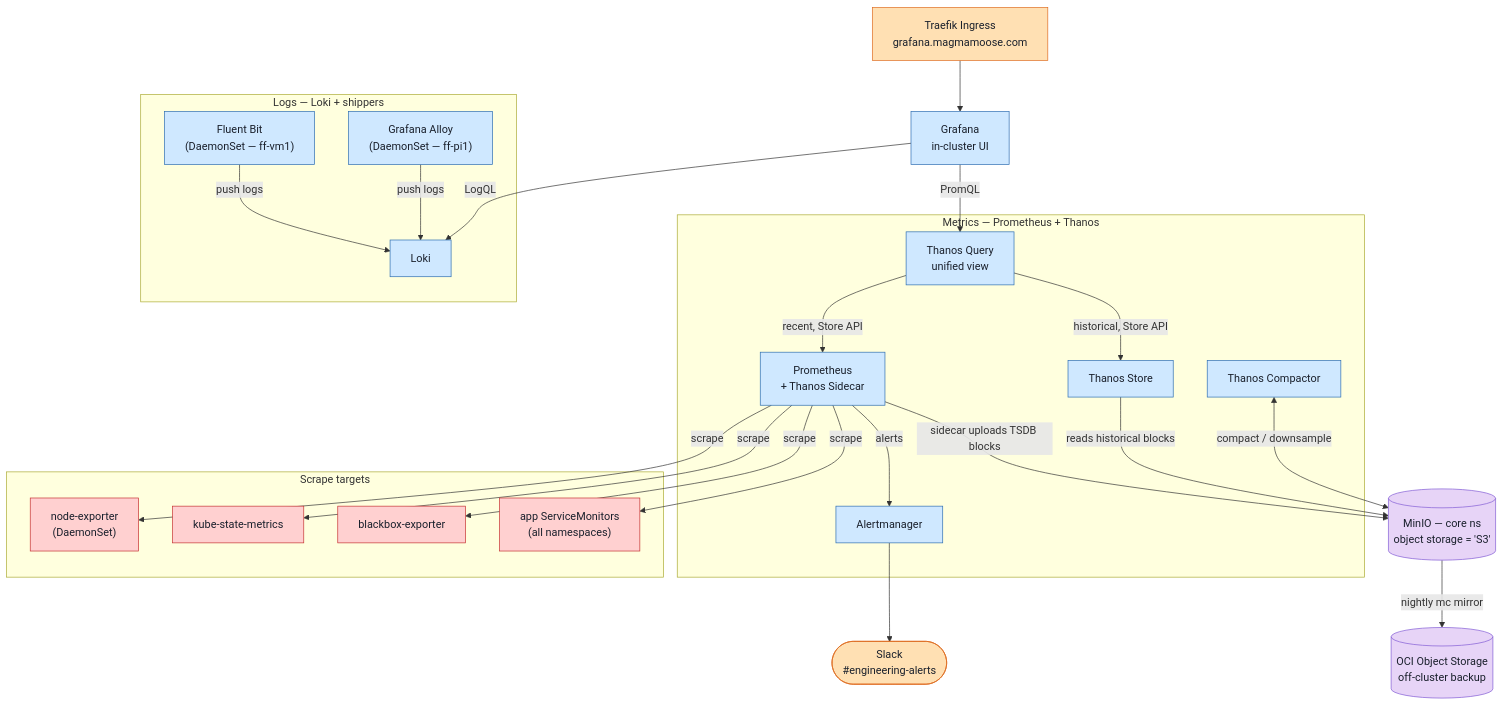
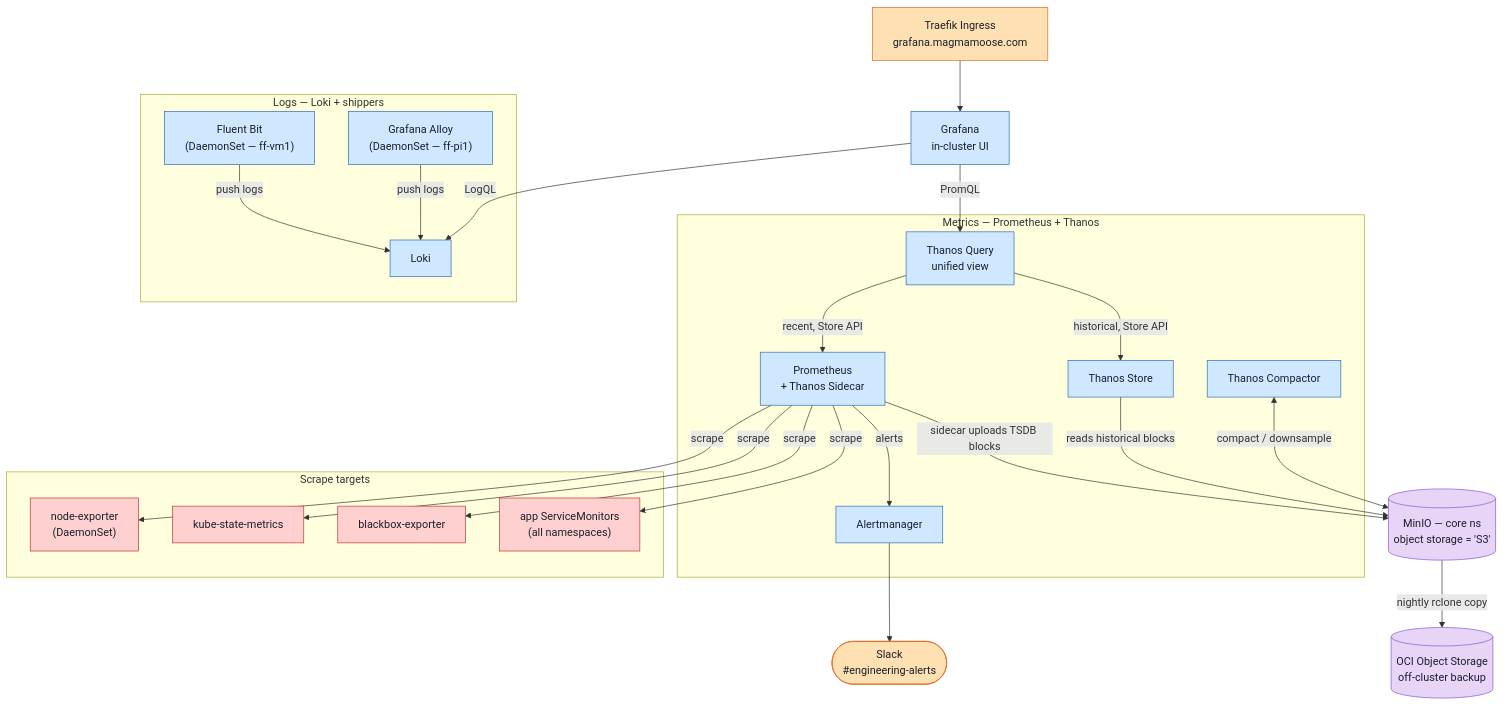
Before and after one commit to MagmaMoose/infra: the diagram in docs/operations/observability-stack.md, drawn with Mermaid. The commit also changed other lines of this file and 4 other files, not shown here.

````diff
--- a/docs/operations/observability-stack.md
+++ b/docs/operations/observability-stack.md
@@ -24,68 +24,68 @@
 ```mermaid
 flowchart TD
     %% ===== Access / UI =====
     Traefik["Traefik Ingress<br/>grafana.magmamoose.com"]
     Slack(["Slack<br/>#engineering-alerts"])
     Grafana["Grafana<br/>in-cluster UI"]
 
     %% ===== Metrics: Prometheus + Thanos =====
     subgraph metrics["Metrics — Prometheus + Thanos"]
         TQ["Thanos Query<br/>unified view"]
         Prom["Prometheus<br/>+ Thanos Sidecar"]
         TStore["Thanos Store"]
         TCompact["Thanos Compactor"]
         AM["Alertmanager"]
     end
 
     %% ===== Scrape targets =====
     subgraph exporters["Scrape targets"]
         NodeExp["node-exporter<br/>(DaemonSet)"]
         KSM["kube-state-metrics"]
         Blackbox["blackbox-exporter"]
         AppSM["app ServiceMonitors<br/>(all namespaces)"]
     end
 
     %% ===== Logs =====
     subgraph logs["Logs — Loki + shippers"]
         Loki["Loki"]
         FB["Fluent Bit<br/>(DaemonSet — ff-vm1)"]
         Alloy["Grafana Alloy<br/>(DaemonSet — ff-pi1)"]
     end
 
     %% ===== Object storage + backup =====
     MinIO[("MinIO — core ns<br/>object storage = 'S3'")]
     OCI[("OCI Object Storage<br/>off-cluster backup")]
 
     %% ===== Flows =====
     Traefik --> Grafana
     Grafana -->|PromQL| TQ
     Grafana -->|LogQL| Loki
 
     TQ -->|recent, Store API| Prom
     TQ -->|historical, Store API| TStore
 
     Prom -->|scrape| NodeExp
     Prom -->|scrape| KSM
     Prom -->|scrape| Blackbox
     Prom -->|scrape| AppSM
     Prom -->|alerts| AM
     AM --> Slack
 
     Prom -->|sidecar uploads TSDB blocks| MinIO
     TStore -->|reads historical blocks| MinIO
     TCompact <-->|compact / downsample| MinIO
-    MinIO -->|nightly mc mirror| OCI
+    MinIO -->|nightly rclone copy| OCI
 
     FB -->|push logs| Loki
     Alloy -->|push logs| Loki
 
     classDef pod fill:#cfe8ff,stroke:#2b6cb0,color:#1a202c;
     classDef store fill:#e7d4f7,stroke:#805ad5,color:#1a202c;
     classDef managed fill:#ffe0b3,stroke:#dd6b20,color:#1a202c;
     classDef exporter fill:#ffd0d0,stroke:#c53030,color:#1a202c;
 
     class Grafana,TQ,Prom,TStore,TCompact,AM,Loki,FB,Alloy pod;
     class NodeExp,KSM,Blackbox,AppSM exporter;
     class MinIO,OCI store;
     class Slack,Traefik managed;
 ```
````
